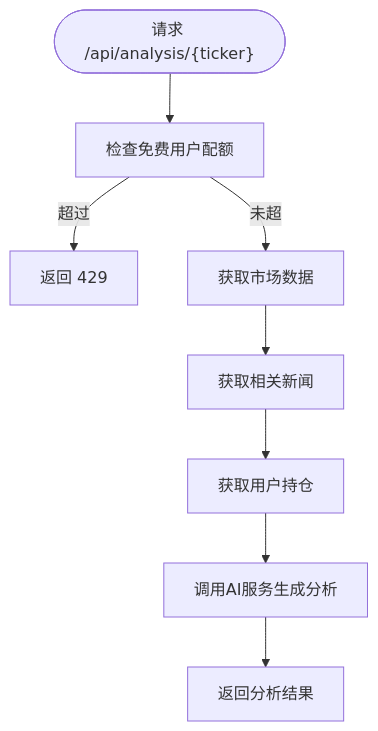
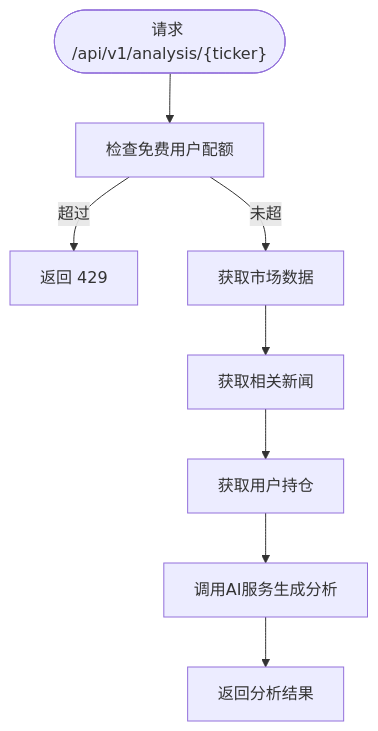
The seventh of 10 diagrams in .qoder/repowiki/zh/content/系统架构/后端架构.md (breeze-lyf/ai-stock-advisor), drawn with Mermaid before and after one commit. The commit also changed other lines of this file and 52 other files, not shown here.

````diff
--- a/.qoder/repowiki/zh/content/系统架构/后端架构.md
+++ b/.qoder/repowiki/zh/content/系统架构/后端架构.md
@@ -309,10 +386,10 @@
 ```mermaid
 flowchart TD
-Enter(["请求 /api/analysis/{ticker}"]) --> CheckLimit["检查免费用户配额"]
+Enter(["请求 /api/v1/analysis/{ticker}"]) --> CheckLimit["检查免费用户配额"]
 CheckLimit --> |超过| Reject["返回 429"]
 CheckLimit --> |未超| GetData["获取市场数据"]
 GetData --> GetNews["获取相关新闻"]
 GetNews --> GetPos["获取用户持仓"]
 GetPos --> CallAI["调用AI服务生成分析"]
 CallAI --> Return["返回分析结果"]
 ```
````
